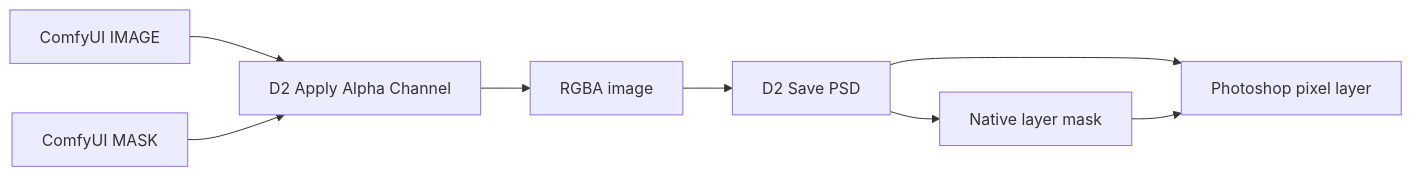
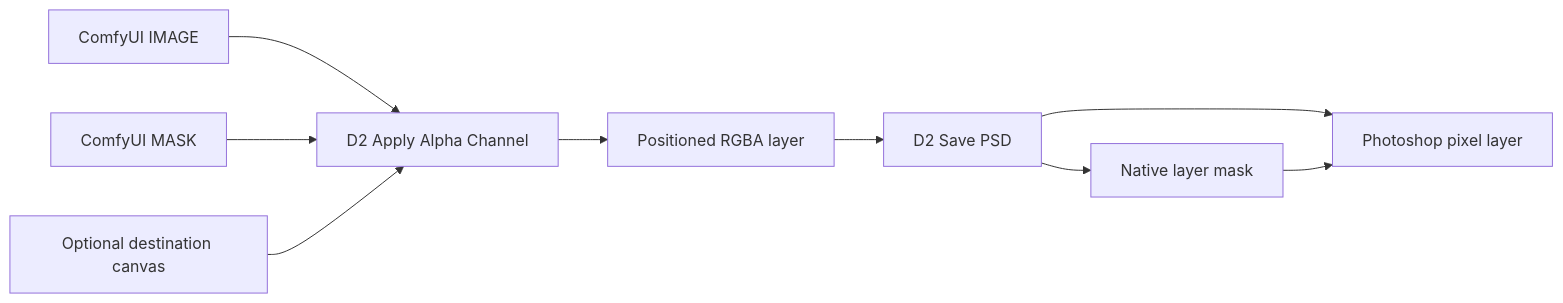
The first of 2 diagrams in README.md (glaseagle/PSDC), drawn with Mermaid before and after one commit. The commit also changed other lines of this file and 4 other files, not shown here.

````diff
--- a/README.md
+++ b/README.md
@@ -16,10 +16,11 @@
 ```mermaid
 flowchart LR
     A["ComfyUI IMAGE"] --> C["D2 Apply Alpha Channel"]
     B["ComfyUI MASK"] --> C
-    C --> D["RGBA image"]
+    Z["Optional destination canvas"] --> C
+    C --> D["Positioned RGBA layer"]
     D --> E["D2 Save PSD"]
     E --> F["Photoshop pixel layer"]
     E --> G["Native layer mask"]
     G --> F
 ```
````
